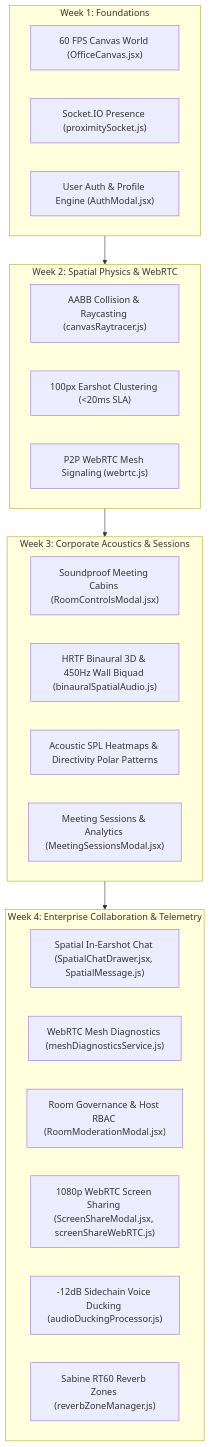
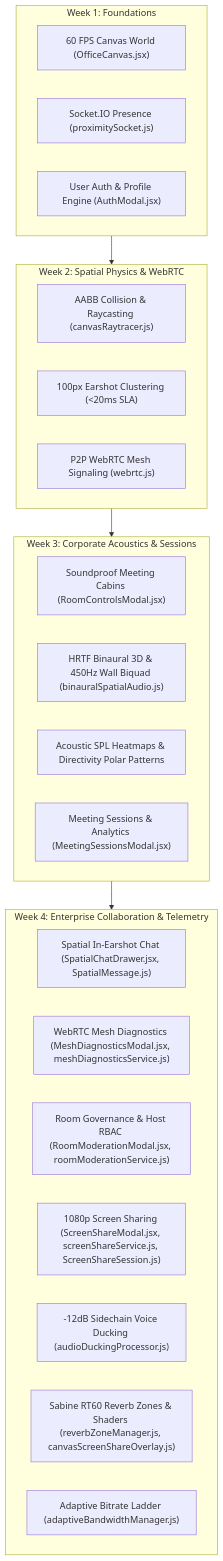
The diagram in README.md (AP24110011006/ProxiSpeak), drawn with Mermaid before and after one commit. The commit also changed other lines of this file, not shown here.

Commit message:
docs: finalize complete Week 4 deliverables, architecture roadmap, and test guides across all 3 roles

````diff
--- a/README.md
+++ b/README.md
@@ -19,32 +19,33 @@
 ```mermaid
 flowchart TD
     subgraph W1["Week 1: Foundations"]
         A1["60 FPS Canvas World (OfficeCanvas.jsx)"]
         A2["Socket.IO Presence (proximitySocket.js)"]
         A3["User Auth & Profile Engine (AuthModal.jsx)"]
     end
 
     subgraph W2["Week 2: Spatial Physics & WebRTC"]
         B1["AABB Collision & Raycasting (canvasRaytracer.js)"]
         B2["100px Earshot Clustering (<20ms SLA)"]
         B3["P2P WebRTC Mesh Signaling (webrtc.js)"]
     end
 
     subgraph W3["Week 3: Corporate Acoustics & Sessions"]
         C1["Soundproof Meeting Cabins (RoomControlsModal.jsx)"]
         C2["HRTF Binaural 3D & 450Hz Wall Biquad (binauralSpatialAudio.js)"]
         C3["Acoustic SPL Heatmaps & Directivity Polar Patterns"]
         C4["Meeting Sessions & Analytics (MeetingSessionsModal.jsx)"]
     end
 
     subgraph W4["Week 4: Enterprise Collaboration & Telemetry"]
         D1["Spatial In-Earshot Chat (SpatialChatDrawer.jsx, SpatialMessage.js)"]
-        D2["WebRTC Mesh Diagnostics (meshDiagnosticsService.js)"]
-        D3["Room Governance & Host RBAC (RoomModerationModal.jsx)"]
-        D4["1080p WebRTC Screen Sharing (ScreenShareModal.jsx, screenShareWebRTC.js)"]
+        D2["WebRTC Mesh Diagnostics (MeshDiagnosticsModal.jsx, meshDiagnosticsService.js)"]
+        D3["Room Governance & Host RBAC (RoomModerationModal.jsx, roomModerationService.js)"]
+        D4["1080p Screen Sharing (ScreenShareModal.jsx, screenShareService.js, ScreenShareSession.js)"]
         D5["-12dB Sidechain Voice Ducking (audioDuckingProcessor.js)"]
-        D6["Sabine RT60 Reverb Zones (reverbZoneManager.js)"]
+        D6["Sabine RT60 Reverb Zones & Shaders (reverbZoneManager.js, canvasScreenShareOverlay.js)"]
+        D7["Adaptive Bitrate Ladder (adaptiveBandwidthManager.js)"]
     end
 
     W1 --> W2 --> W3 --> W4
 ```
````
